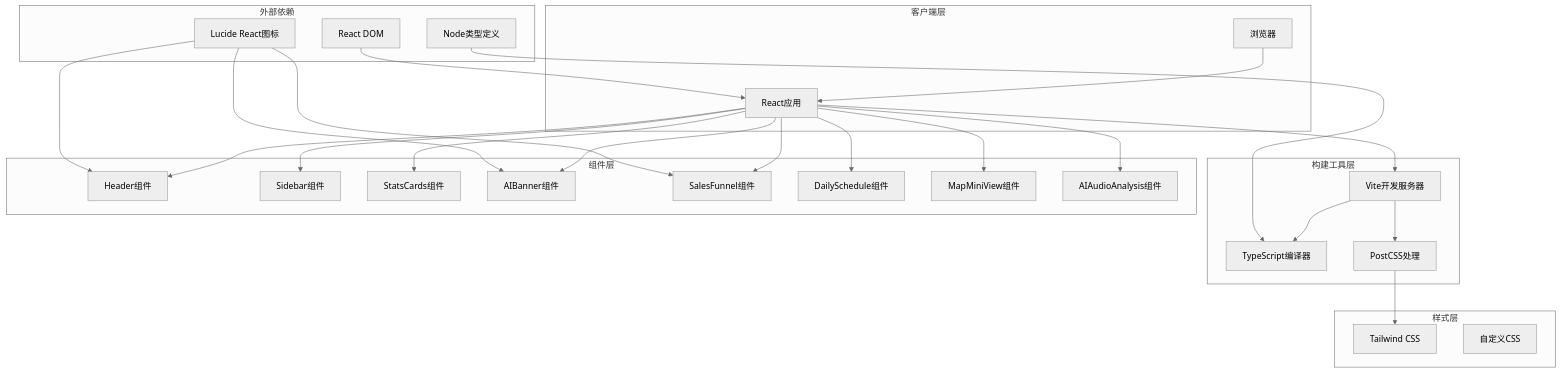
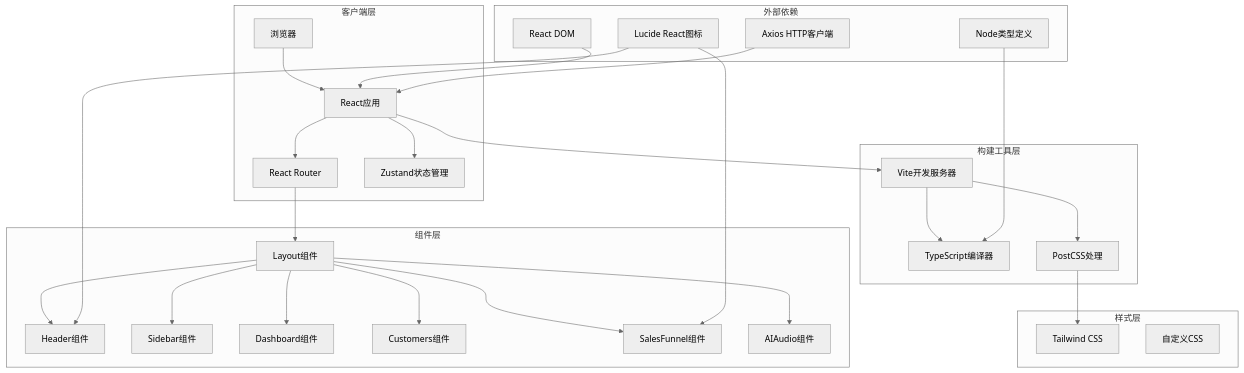
One commit to xianjianshenqu/SalesFlow-CRM changed the second of 3 diagrams in .qoder/repowiki/zh/content/快速开始.md. Above: the diagram before and after it, drawn with Mermaid (neutral theme). The commit also changed other lines of this file and 17 other files, not shown here.

````diff
--- a/.qoder/repowiki/zh/content/快速开始.md
+++ b/.qoder/repowiki/zh/content/快速开始.md
@@ -444,49 +483,52 @@
 ```mermaid
 graph TB
 subgraph "客户端层"
 Browser[浏览器]
 React[React应用]
+Router[React Router]
+Zustand[Zustand状态管理]
 end
 subgraph "构建工具层"
 Vite[Vite开发服务器]
 TypeScript[TypeScript编译器]
 PostCSS[PostCSS处理]
 end
 subgraph "样式层"
 Tailwind[Tailwind CSS]
 CSS[自定义CSS]
 end
 subgraph "组件层"
+Layout[Layout组件]
 Header[Header组件]
 Sidebar[Sidebar组件]
-StatsCards[StatsCards组件]
-AIBanner[AIBanner组件]
+Dashboard[Dashboard组件]
+Customers[Customers组件]
 SalesFunnel[SalesFunnel组件]
-DailySchedule[DailySchedule组件]
-MapMiniView[MapMiniView组件]
-AIAudioAnalysis[AIAudioAnalysis组件]
+AIAudio[AIAudio组件]
 end
 subgraph "外部依赖"
 Lucide[Lucide React图标]
 ReactDOM[React DOM]
 NodeTypes[Node类型定义]
+Axios[Axios HTTP客户端]
 end
 Browser --> React
+React --> Router
+React --> Zustand
+Router --> Layout
+Layout --> Header
+Layout --> Sidebar
+Layout --> Dashboard
+Layout --> Customers
+Layout --> SalesFunnel
+Layout --> AIAudio
 React --> Vite
 Vite --> TypeScript
 Vite --> PostCSS
 PostCSS --> Tailwind
-React --> Header
-React --> Sidebar
-React --> StatsCards
-React --> AIBanner
-React --> SalesFunnel
-React --> DailySchedule
-React --> MapMiniView
-React --> AIAudioAnalysis
 Lucide --> Header
-Lucide --> AIBanner
 Lucide --> SalesFunnel
 ReactDOM --> React
 NodeTypes --> TypeScript
+Axios --> React
 ```
````
